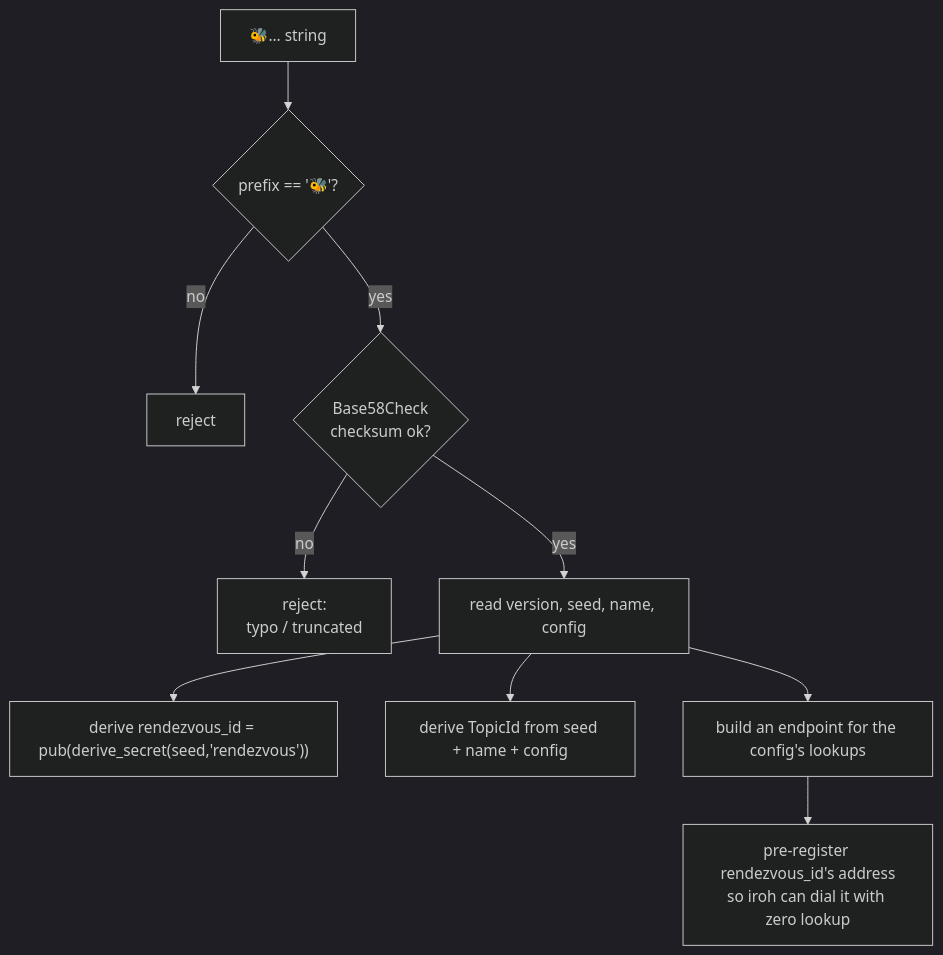
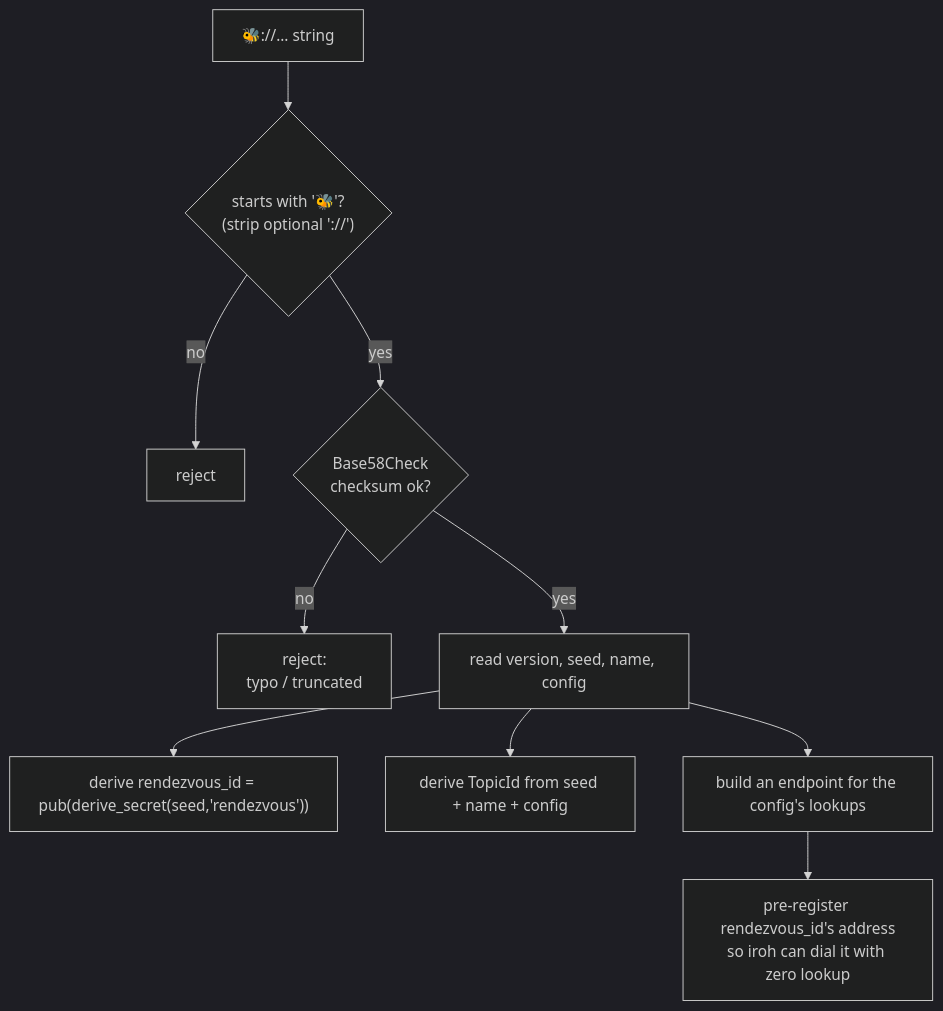
One commit to agent-habilis/agent-gossip changed the second of 6 diagrams in docs/discovery.md. Above: the diagram before and after it, drawn with Mermaid (dark theme). The commit also changed 33 other files, not shown here.

````diff
--- a/docs/discovery.md
+++ b/docs/discovery.md
@@ -97,13 +97,13 @@
 ```mermaid
 flowchart TB
-    S["🐝… string"]
-    S --> A{"prefix == '🐝'?"}
+    S["🐝://… string"]
+    S --> A{"starts with '🐝'?<br/>(strip optional '://')"}
     A -->|no| X1[reject]
     A -->|yes| B{"Base58Check<br/>checksum ok?"}
     B -->|no| X2["reject:<br/>typo / truncated"]
     B -->|yes| C["read version, seed, name, config"]
     C --> D["derive rendezvous_id = pub(derive_secret(seed,'rendezvous'))"]
     C --> E["derive TopicId from seed + name + config"]
     C --> F["build an endpoint for the config's lookups"]
     F --> G["pre-register rendezvous_id's address<br/>so iroh can dial it with zero lookup"]
 ```
````
